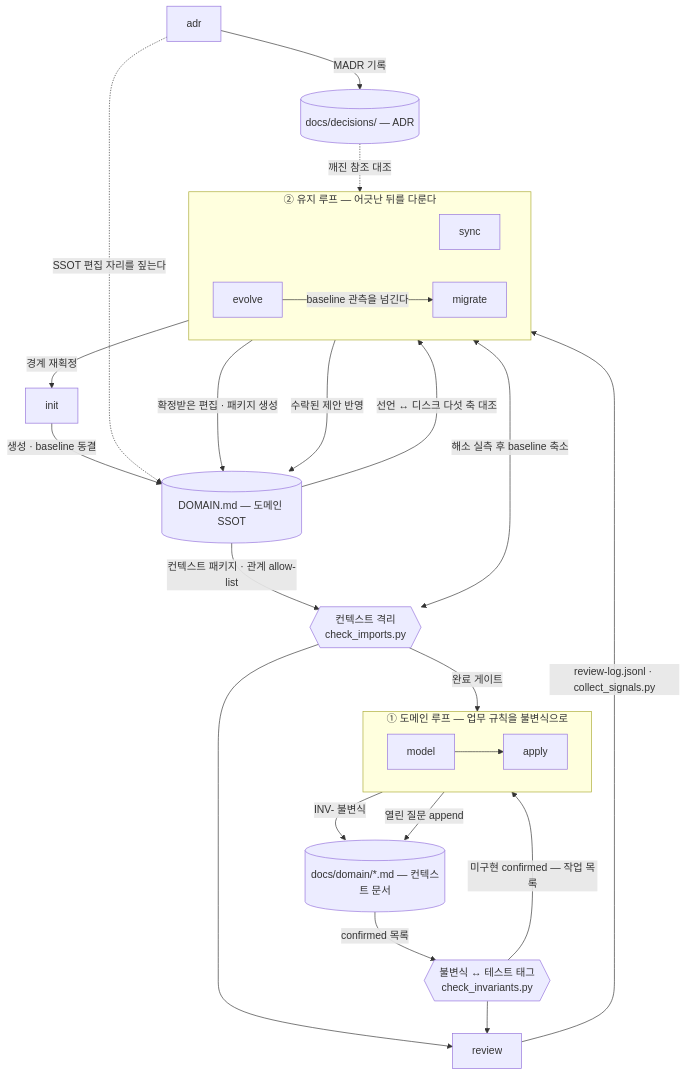
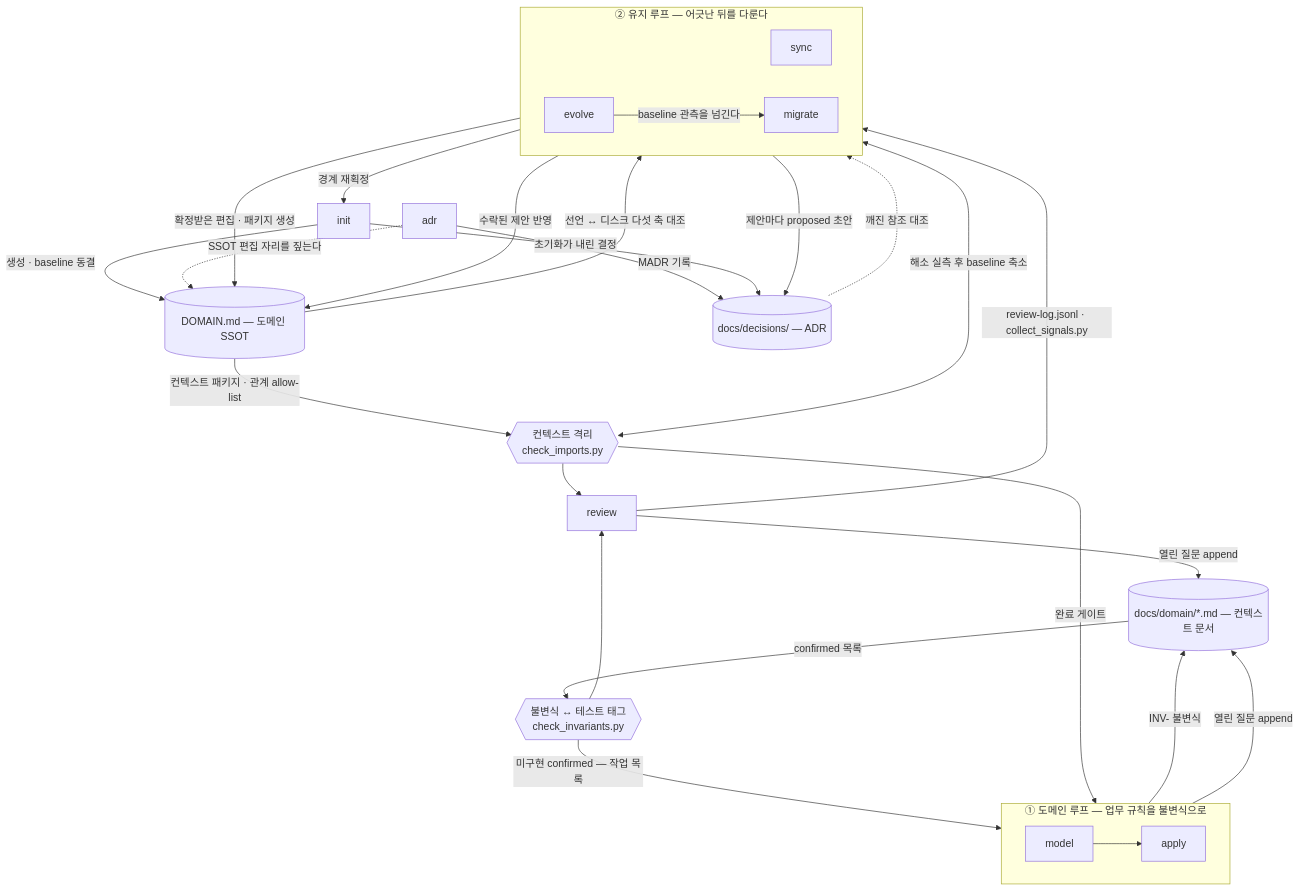
Before and after one commit to Cho-D-YoungRae/superkit: the diagram in plugins/superdomain/README.md, drawn with Mermaid. The commit also changed other lines of this file, not shown here.

Commit message:
fix(docs): README 용어 주장·import 범위 정정, mermaid 엣지·범례·플래그·언어 범위 보강

````diff
--- a/plugins/superdomain/README.md
+++ b/plugins/superdomain/README.md
@@ -66,37 +73,40 @@
 ```mermaid
 flowchart TB
     ssot[("DOMAIN.md — 도메인 SSOT")]
     dom[("docs/domain/*.md — 컨텍스트 문서")]
     dec[("docs/decisions/ — ADR")]
     iso{{"컨텍스트 격리<br/>check_imports.py"}}
     inv{{"불변식 ↔ 테스트 태그<br/>check_invariants.py"}}
 
     subgraph L1["① 도메인 루프 — 업무 규칙을 불변식으로"]
       direction LR
       model --> apply
     end
     subgraph L2["② 유지 루프 — 어긋난 뒤를 다룬다"]
       direction LR
       sync
       evolve -->|"baseline 관측을 넘긴다"| migrate
     end
 
     init -->|"생성 · baseline 동결"| ssot
     ssot -->|"컨텍스트 패키지 · 관계 allow-list"| iso
     model -->|"INV- 불변식"| dom
     dom -->|"confirmed 목록"| inv
     inv -->|"미구현 confirmed — 작업 목록"| apply
     apply -->|"열린 질문 append"| dom
     iso -->|"완료 게이트"| apply
     iso --> review
     inv --> review
+    review -->|"열린 질문 append"| dom
     ssot -->|"선언 ↔ 디스크 다섯 축 대조"| sync
     sync -->|"확정받은 편집 · 패키지 생성"| ssot
     review -->|"review-log.jsonl · collect_signals.py"| evolve
     evolve -->|"수락된 제안 반영"| ssot
     evolve -->|"경계 재획정"| init
     migrate <-->|"해소 실측 후 baseline 축소"| iso
     adr -->|"MADR 기록"| dec
+    init -->|"초기화가 내린 결정"| dec
+    evolve -->|"제안마다 proposed 초안"| dec
     adr -.->|"SSOT 편집 자리를 짚는다"| ssot
     dec -.->|"깨진 참조 대조"| sync
 ```
````
